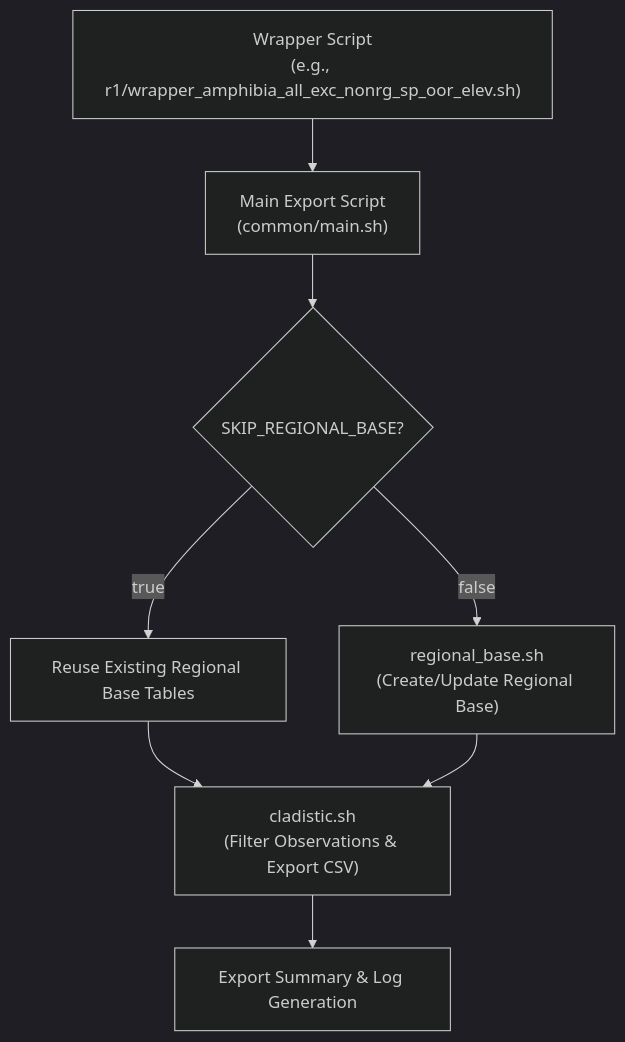
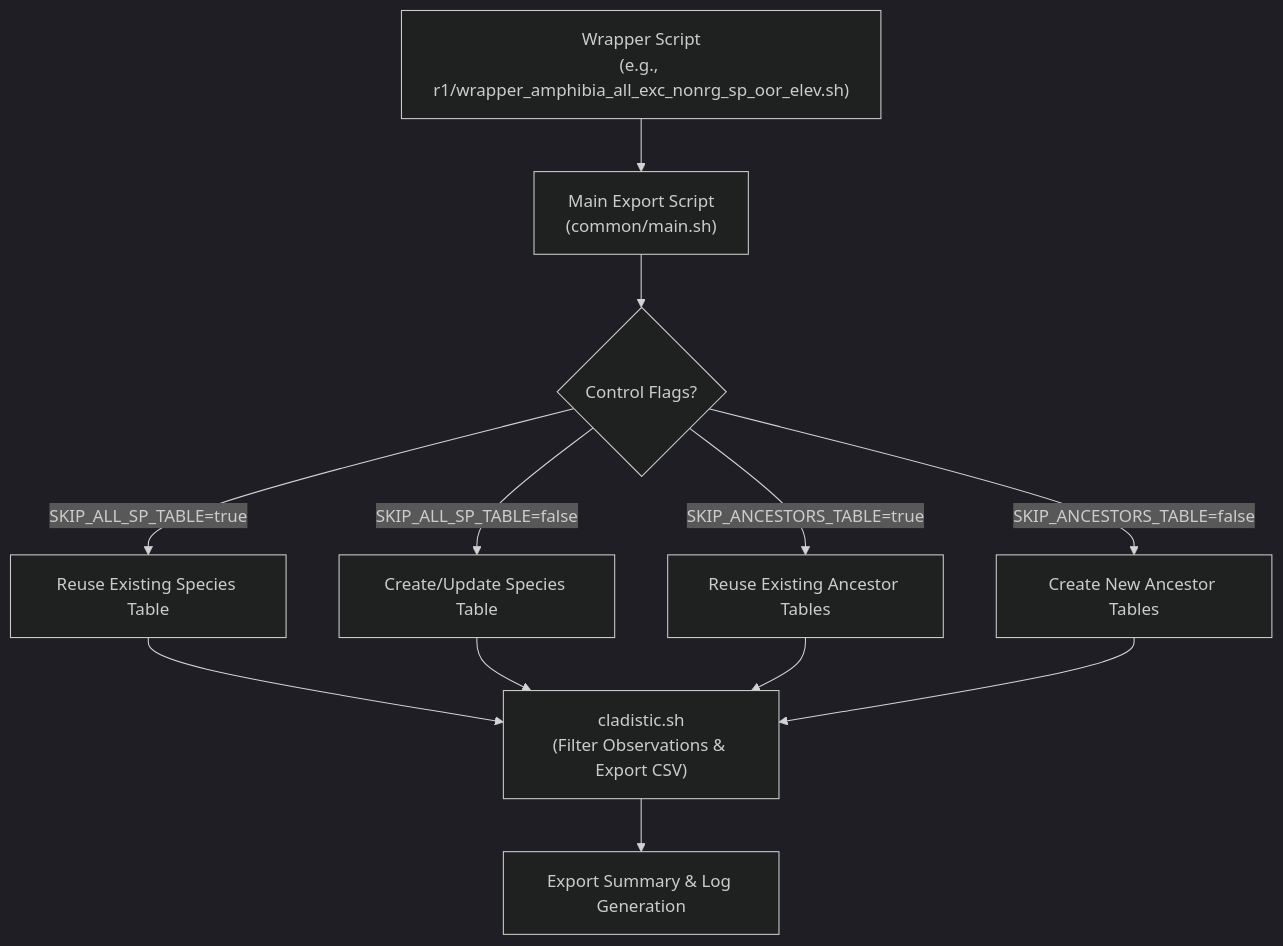
Before and after one commit to frontierkodiak/ibridaDB: the diagram in docs/export.md, drawn with Mermaid (dark theme). The commit also changed other lines of this file and 10 other files, not shown here.

Commit message:
granular reuse of intermediate tables

````diff
--- a/docs/export.md
+++ b/docs/export.md
@@ -56,10 +56,14 @@
 ```mermaid
 flowchart TB
     A["Wrapper Script<br/>(e.g., r1/wrapper_amphibia_all_exc_nonrg_sp_oor_elev.sh)"] --> B["Main Export Script<br/>(common/main.sh)"]
-    B --> C{"SKIP_REGIONAL_BASE?"}
-    C -- "true" --> D["Reuse Existing Regional Base Tables"]
-    C -- "false" --> E["regional_base.sh<br/>(Create/Update Regional Base)"]
-    D --> F["cladistic.sh<br/>(Filter Observations & Export CSV)"]
-    E --> F["cladistic.sh<br/>(Filter Observations & Export CSV)"]
-    F --> G["Export Summary & Log Generation"]
+    B --> C{"Control Flags?"}
+    C -- "SKIP_ALL_SP_TABLE=true" --> D["Reuse Existing Species Table"]
+    C -- "SKIP_ALL_SP_TABLE=false" --> E["Create/Update Species Table"]
+    C -- "SKIP_ANCESTORS_TABLE=true" --> F["Reuse Existing Ancestor Tables"]
+    C -- "SKIP_ANCESTORS_TABLE=false" --> G["Create New Ancestor Tables"]
+    D --> H["cladistic.sh<br/>(Filter Observations & Export CSV)"]
+    E --> H
+    F --> H
+    G --> H
+    H --> I["Export Summary & Log Generation"]
 ```
````
